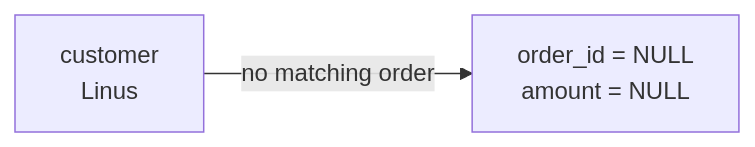
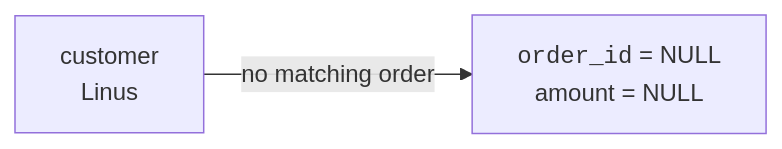
One commit to dataslope/dataslope changed the second of 4 diagrams in content/learn/sqlite-for-beginners/outer-joins.mdx. Above: the diagram before and after it, drawn with Mermaid. The commit also changed 153 other files, not shown here.

First line of the commit message:
Render code-only mermaid shapes in monospace; convert step sequences to Steps

````diff
--- a/content/learn/sqlite-for-beginners/outer-joins.mdx
+++ b/content/learn/sqlite-for-beginners/outer-joins.mdx
@@ -86,4 +86,4 @@
 ```mermaid
 flowchart LR
-    C["customer<br/>Linus"] -->|"no matching order"| N["order_id = NULL<br/>amount = NULL"]
+    C["customer<br/>Linus"] -->|"no matching order"| N["<code>order_id</code> = NULL<br/>amount = NULL"]
 ```
````
